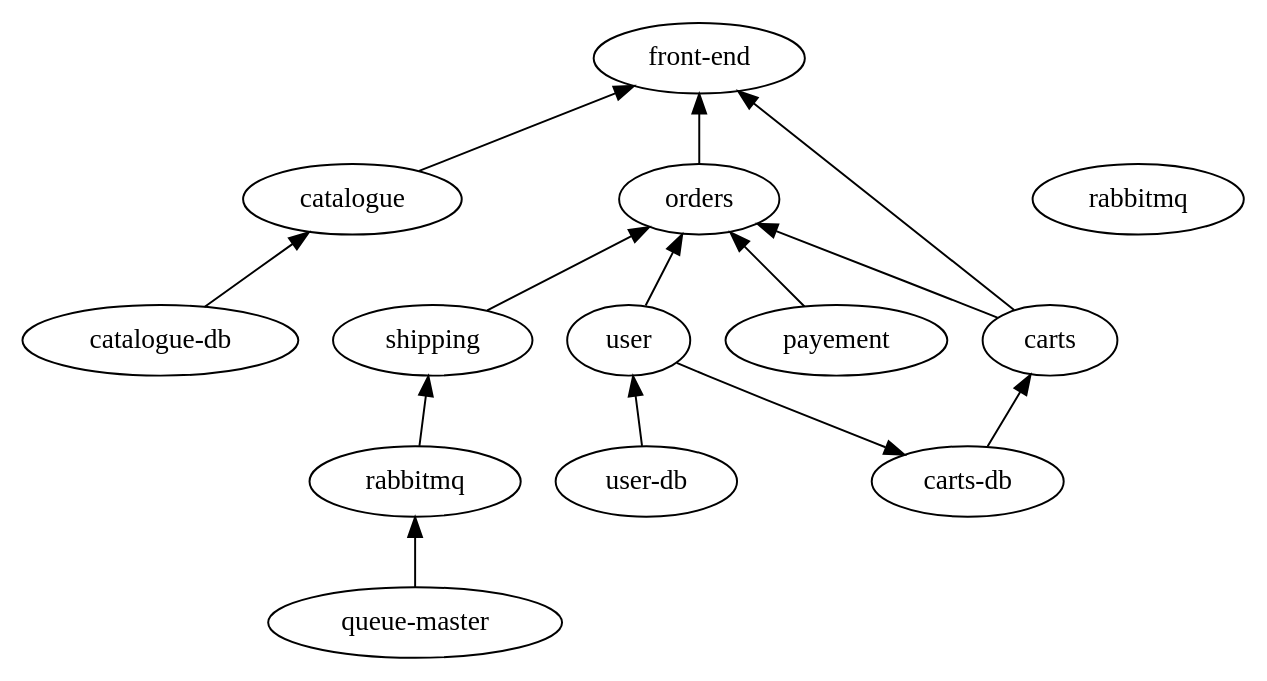
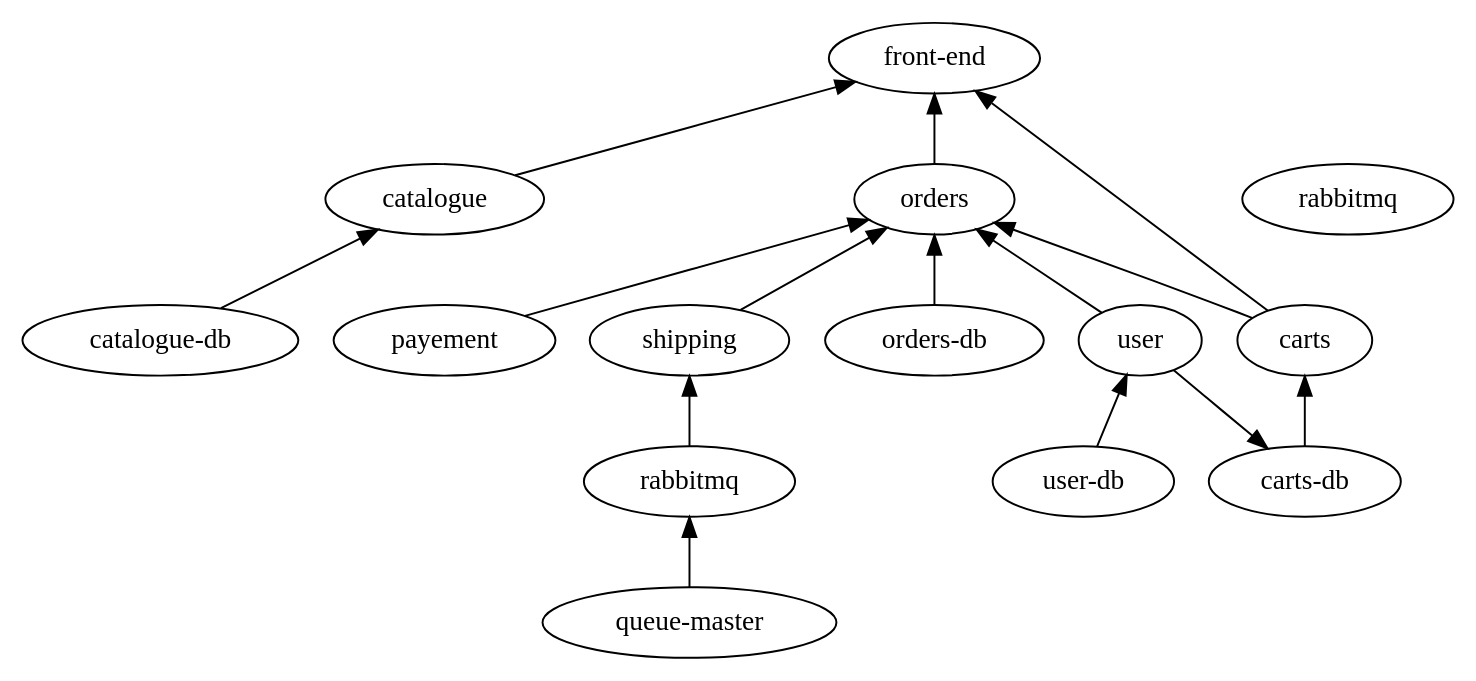
One commit to microservices-demo/microservices-demo changed the diagram in dot/sockshop.dot. Above: the diagram before and after it, drawn with Graphviz.

Commit message:
Add missing orders-db to dot

```diff
--- a/dot/sockshop.dot
+++ b/dot/sockshop.dot
@@ -1,33 +1,35 @@
 digraph sockshop {
      graph [
           layout = dot;
      ];
      edge [
           dir = back;
      ];
 
      front [label="front-end"];
      cata [label="catalogue"];
      catadb [label="catalogue-db"];
      orders [label="orders"];
+     ordersdb [label="orders-db"];
      user [label="user"];
      userdb [label="user-db"];
      pay [label="payement"];
      ship [label="shipping"];
      qm [label="queue-master"];
      rabbit [label="rabbitmq"];
      carts [label="carts"];
      cartsdb [label="carts-db"];
 
-     front -> orders -> carts;
+     front -> orders -> ordersdb;
      front -> carts -> cartsdb:
      front -> user -> userdb;
      front -> cata -> catadb;
+     orders -> carts;
      orders -> user;
      orders -> pay;
      orders -> ship -> rabbitmq -> qm;
 
      {rank = min; front;}
      {rank = same; orders; cata;}
      {rank = same; carts; user; pay; ship;}
 }
```
